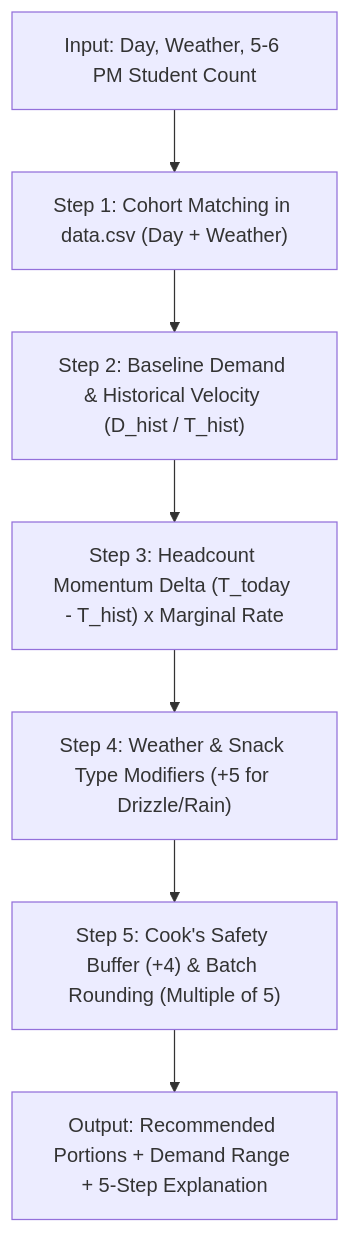
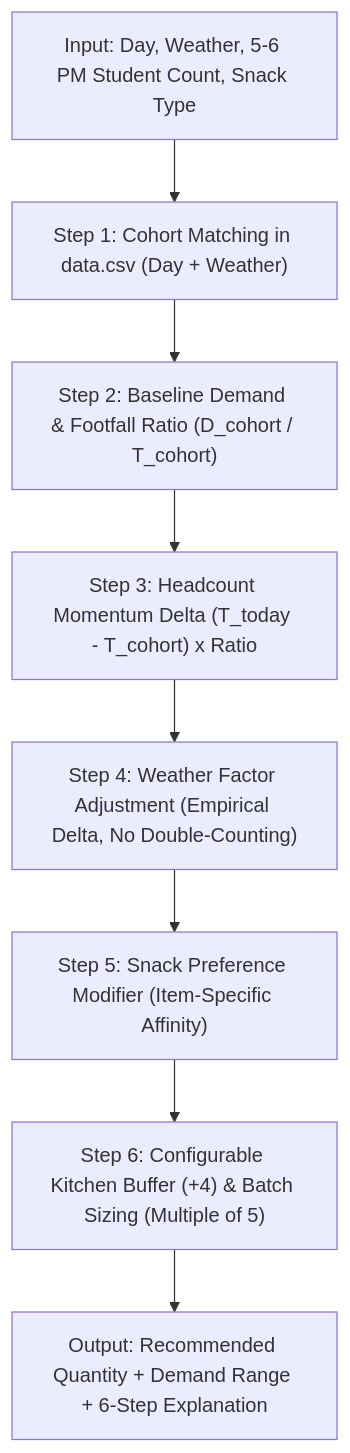
The diagram in README.md (Mahendra-2173/SERVESMART), drawn with Mermaid before and after one commit. The commit also changed other lines of this file and 3 other files, not shown here.

````diff
--- a/README.md
+++ b/README.md
@@ -62,9 +83,10 @@
 ```mermaid
 flowchart TD
-    A["Input: Day, Weather, 5-6 PM Student Count"] --> B["Step 1: Cohort Matching in data.csv (Day + Weather)"]
-    B --> C["Step 2: Baseline Demand & Historical Velocity (D_hist / T_hist)"]
-    C --> D["Step 3: Headcount Momentum Delta (T_today - T_hist) x Marginal Rate"]
-    D --> E["Step 4: Weather & Snack Type Modifiers (+5 for Drizzle/Rain)"]
-    E --> F["Step 5: Cook's Safety Buffer (+4) & Batch Rounding (Multiple of 5)"]
-    F --> G["Output: Recommended Portions + Demand Range + 5-Step Explanation"]
+    A["Input: Day, Weather, 5-6 PM Student Count, Snack Type"] --> B["Step 1: Cohort Matching in data.csv (Day + Weather)"]
+    B --> C["Step 2: Baseline Demand & Footfall Ratio (D_cohort / T_cohort)"]
+    C --> D["Step 3: Headcount Momentum Delta (T_today - T_cohort) x Ratio"]
+    D --> E["Step 4: Weather Factor Adjustment (Empirical Delta, No Double-Counting)"]
+    E --> F["Step 5: Snack Preference Modifier (Item-Specific Affinity)"]
+    F --> G["Step 6: Configurable Kitchen Buffer (+4) & Batch Sizing (Multiple of 5)"]
+    G --> H["Output: Recommended Quantity + Demand Range + 6-Step Explanation"]
 ```
````
